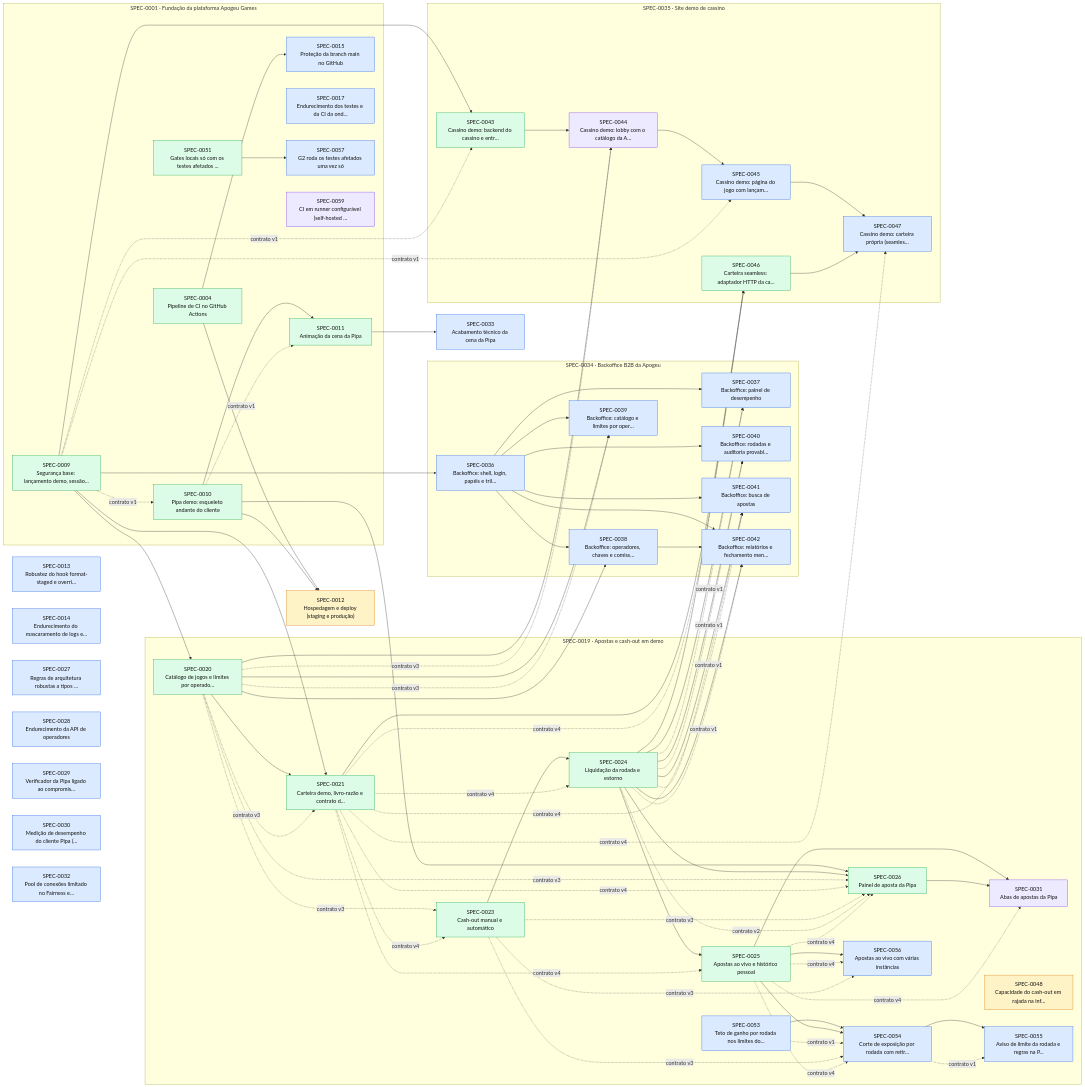
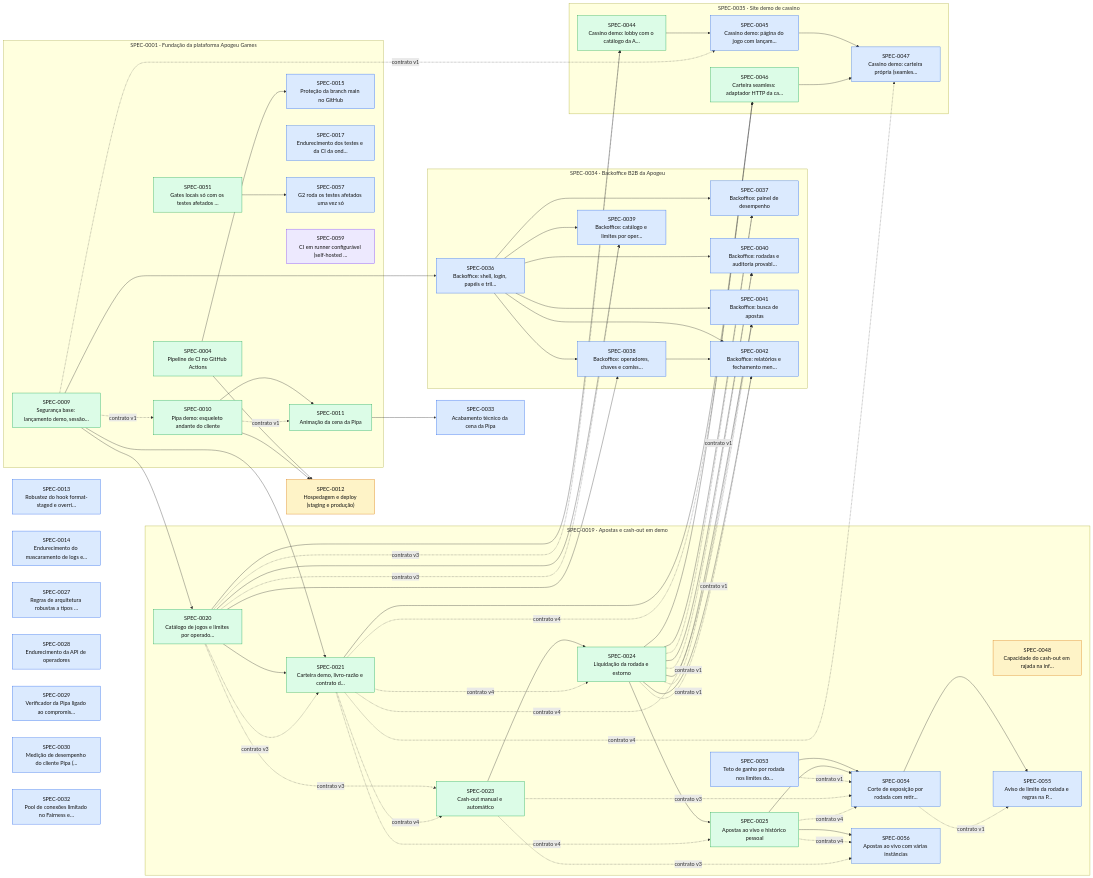
Before and after one commit to thomasravache/crash-games-provider: the diagram in docs/specs/INDEX.md, drawn with Mermaid. The commit also changed other lines of this file and 2 other files, not shown here.

First line of the commit message:
docs(sdd): onda 2 implementada (SPEC-0031, SPEC-0044)

```diff
--- a/docs/specs/INDEX.md
+++ b/docs/specs/INDEX.md
@@ -122,8 +120,6 @@
     S0023["SPEC-0023<br/>Cash-out manual e automático"]:::implemented
     S0024["SPEC-0024<br/>Liquidação da rodada e estorno"]:::implemented
     S0025["SPEC-0025<br/>Apostas ao vivo e histórico pessoal"]:::implemented
-    S0026["SPEC-0026<br/>Painel de aposta da Pipa"]:::implemented
-    S0031["SPEC-0031<br/>Abas de apostas da Pipa"]:::inprogress
     S0048["SPEC-0048<br/>Capacidade do cash-out em rajada na inf…"]:::proposed
     S0053["SPEC-0053<br/>Teto de ganho por rodada nos limites do…"]:::approved
     S0054["SPEC-0054<br/>Corte de exposição por rodada com retir…"]:::approved
@@ -140,8 +136,7 @@
     S0042["SPEC-0042<br/>Backoffice: relatórios e fechamento men…"]:::approved
   end
   subgraph E0035["SPEC-0035 · Site demo de cassino"]
-    S0043["SPEC-0043<br/>Cassino demo: backend do cassino e entr…"]:::implemented
-    S0044["SPEC-0044<br/>Cassino demo: lobby com o catálogo da A…"]:::inprogress
+    S0044["SPEC-0044<br/>Cassino demo: lobby com o catálogo da A…"]:::implemented
     S0045["SPEC-0045<br/>Cassino demo: página do jogo com lançam…"]:::approved
     S0046["SPEC-0046<br/>Carteira seamless: adaptador HTTP da ca…"]:::implemented
     S0047["SPEC-0047<br/>Cassino demo: carteira própria (seamles…"]:::approved
@@ -162,16 +157,6 @@
   S0021 -. contrato v4 .-> S0024
   S0024 --> S0025
   S0021 -. contrato v4 .-> S0025
-  S0010 --> S0026
-  S0024 --> S0026
-  S0020 -. contrato v3 .-> S0026
-  S0021 -. contrato v4 .-> S0026
-  S0023 -. contrato v3 .-> S0026
-  S0024 -. contrato v2 .-> S0026
-  S0025 -. contrato v4 .-> S0026
-  S0025 --> S0031
-  S0026 --> S0031
-  S0025 -. contrato v4 .-> S0031
   S0011 --> S0033
   S0009 --> S0036
   S0036 --> S0037
@@ -193,9 +178,6 @@
   S0038 --> S0042
   S0024 --> S0042
   S0024 -. contrato v1 .-> S0042
-  S0009 --> S0043
-  S0009 -. contrato v1 .-> S0043
-  S0043 --> S0044
   S0020 --> S0044
   S0020 -. contrato v3 .-> S0044
   S0044 --> S0045
```
